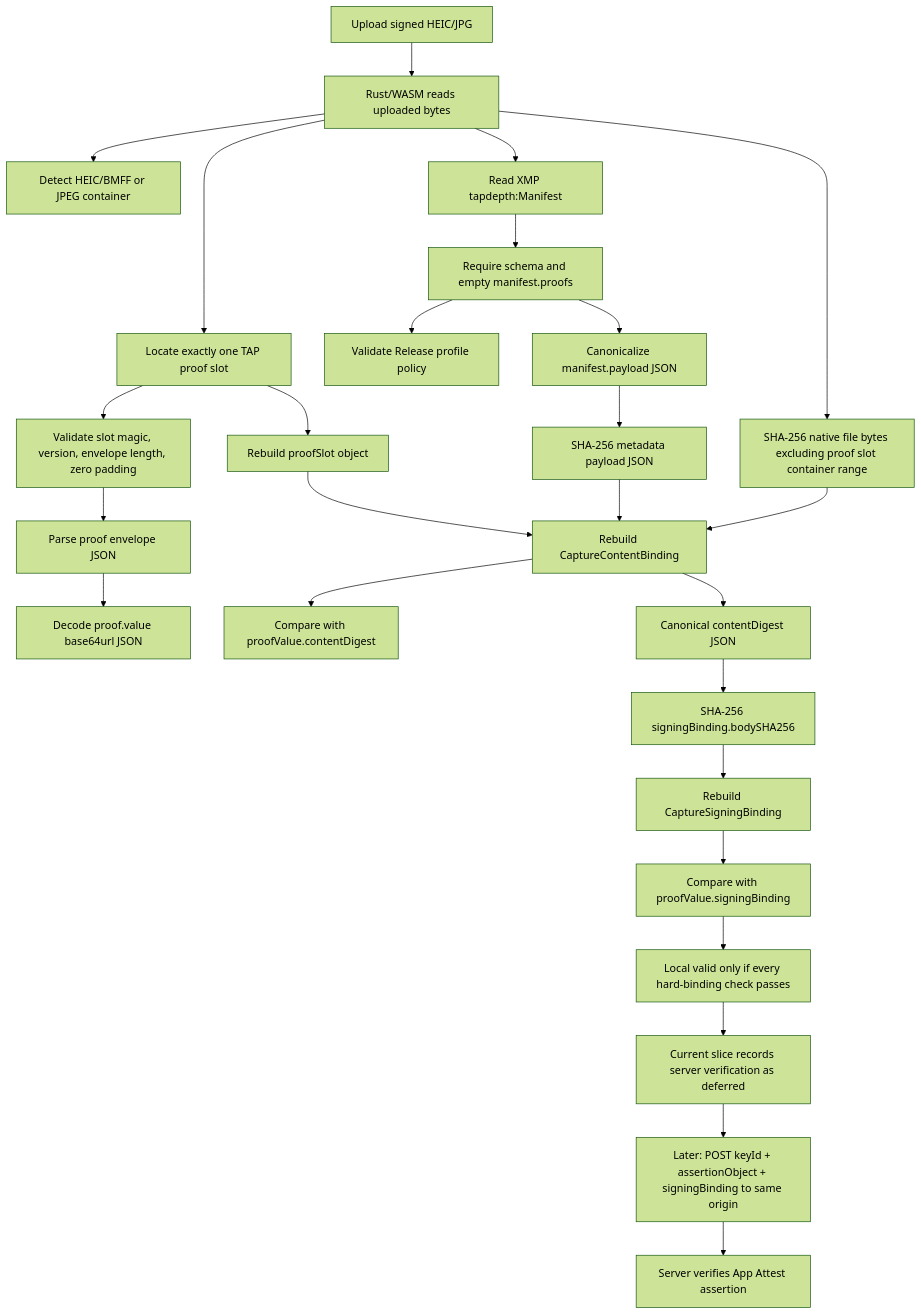
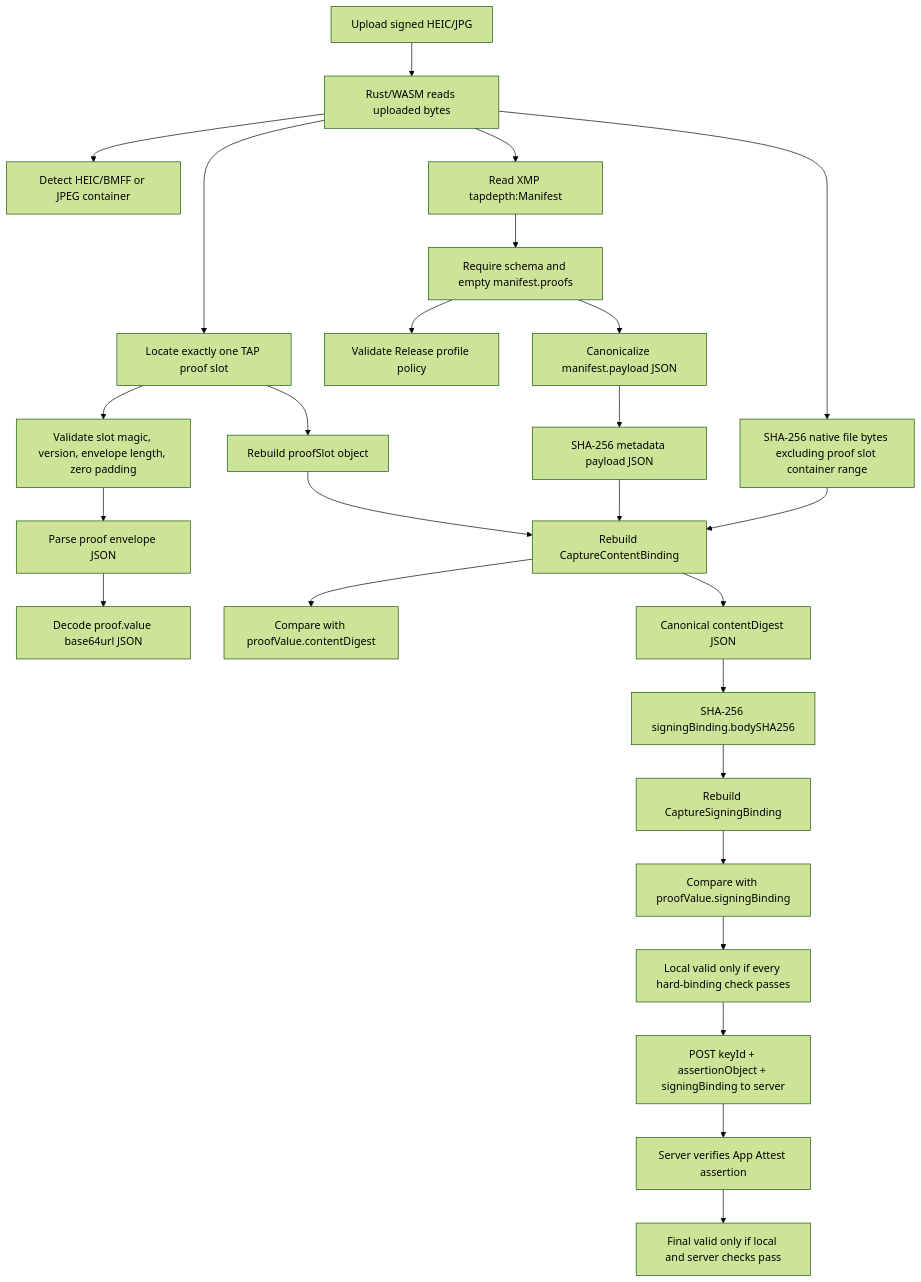
One commit to TAP-NAP/TAPCamVerifier changed the diagram in Docs/VerificationFlow.md. Above: the diagram before and after it, drawn with Mermaid (forest theme). The commit also changed other lines of this file and 7 other files, not shown here.

````diff
--- a/Docs/VerificationFlow.md
+++ b/Docs/VerificationFlow.md
@@ -10,28 +10,28 @@
 ```mermaid
 flowchart TD
     A["Upload signed HEIC/JPG"] --> B["Rust/WASM reads uploaded bytes"]
     B --> C["Detect HEIC/BMFF or JPEG container"]
     B --> D["Locate exactly one TAP proof slot"]
     D --> E["Validate slot magic, version, envelope length, zero padding"]
     E --> F["Parse proof envelope JSON"]
     F --> G["Decode proof.value base64url JSON"]
     B --> H["Read XMP tapdepth:Manifest"]
     H --> I["Require schema and empty manifest.proofs"]
     I --> J["Validate Release profile policy"]
     B --> K["SHA-256 native file bytes excluding proof slot container range"]
     I --> L["Canonicalize manifest.payload JSON"]
     L --> M["SHA-256 metadata payload JSON"]
     D --> N["Rebuild proofSlot object"]
     K --> O["Rebuild CaptureContentBinding"]
     M --> O
     N --> O
     O --> P["Compare with proofValue.contentDigest"]
     O --> Q["Canonical contentDigest JSON"]
     Q --> R["SHA-256 signingBinding.bodySHA256"]
     R --> S["Rebuild CaptureSigningBinding"]
     S --> T["Compare with proofValue.signingBinding"]
     T --> U["Local valid only if every hard-binding check passes"]
-    U --> V["Current slice records server verification as deferred"]
-    V --> W["Later: POST keyId + assertionObject + signingBinding to same origin"]
-    W --> X["Server verifies App Attest assertion"]
+    U --> V["POST keyId + assertionObject + signingBinding to server"]
+    V --> W["Server verifies App Attest assertion"]
+    W --> X["Final valid only if local and server checks pass"]
 ```
````
